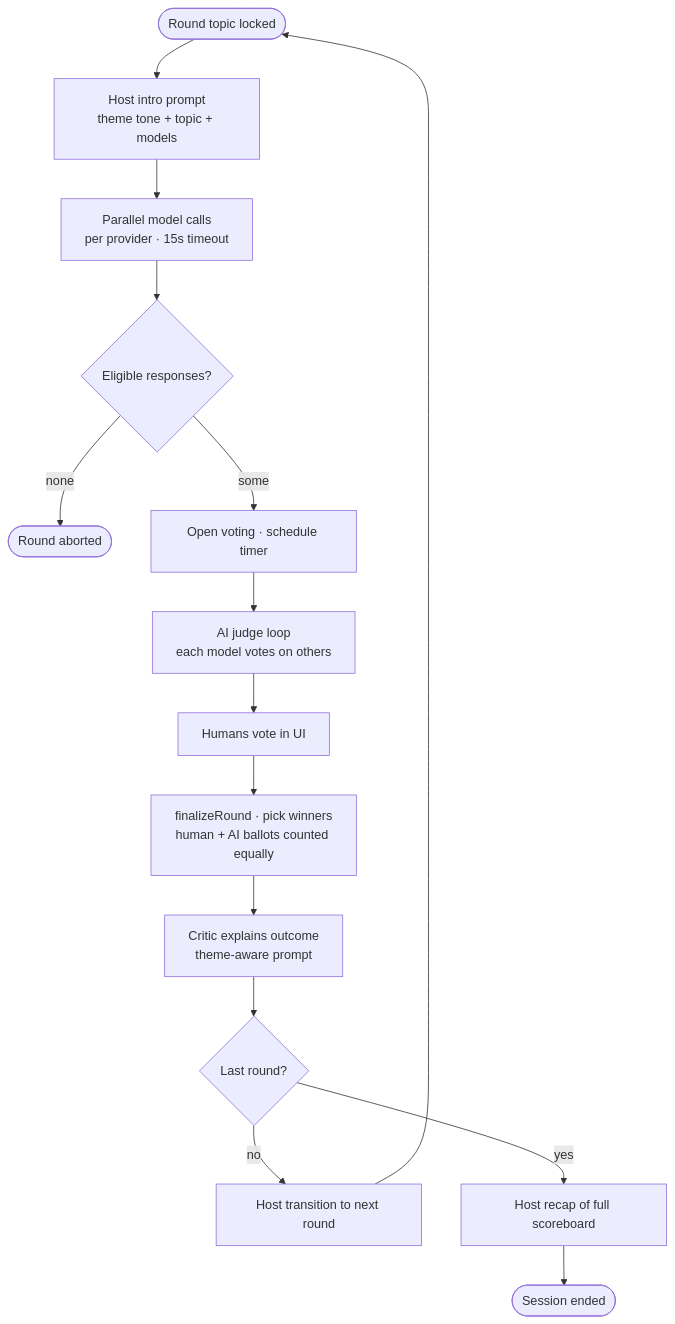
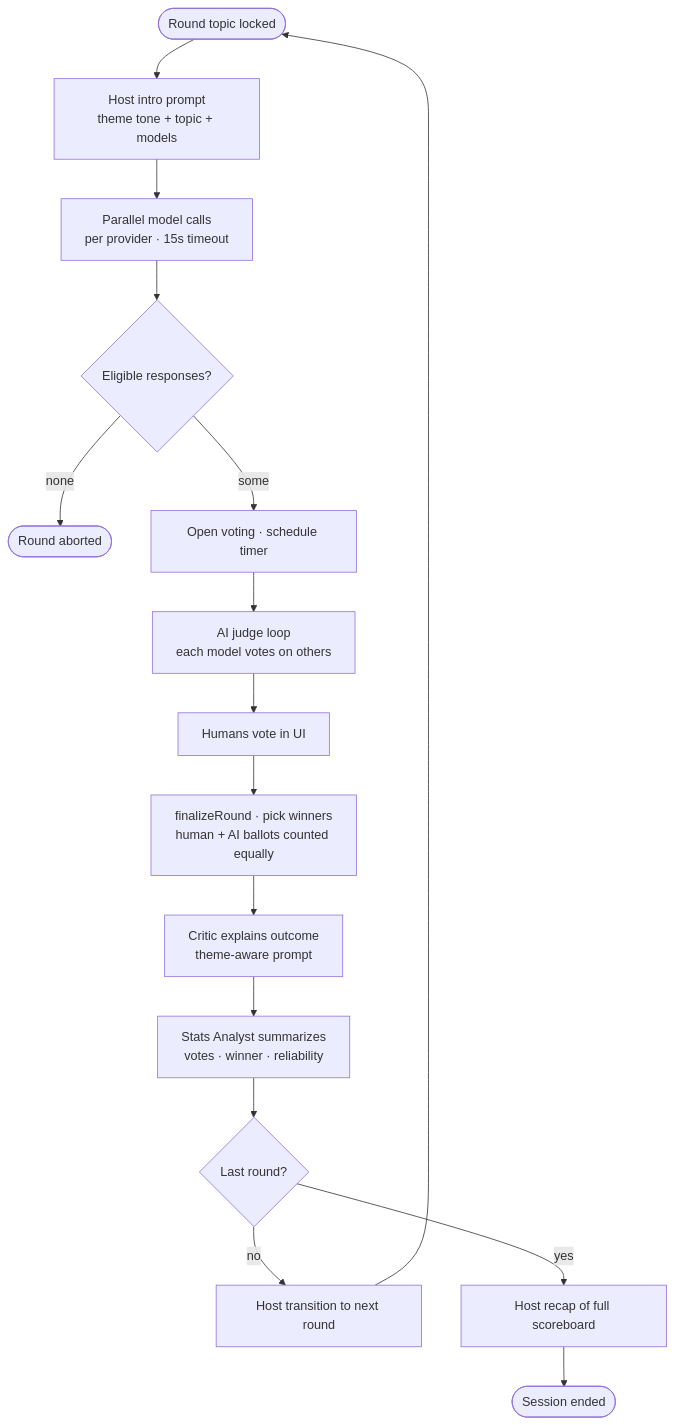
Before and after one commit to Radu028/ai-arena: the sixth of 7 diagrams in docs/ARCHITECTURE.md, drawn with Mermaid. The commit also changed other lines of this file and 17 other files, not shown here.

````diff
--- a/docs/ARCHITECTURE.md
+++ b/docs/ARCHITECTURE.md
@@ -236,17 +230,18 @@
 ```mermaid
 flowchart TD
   Start([Round topic locked]) --> Host[Host intro prompt<br/>theme tone + topic + models]
   Host --> Models[Parallel model calls<br/>per provider · 15s timeout]
   Models --> Judge{Eligible responses?}
   Judge -- none --> Abort([Round aborted])
   Judge -- some --> OpenVote[Open voting · schedule timer]
   OpenVote --> AIJudge[AI judge loop<br/>each model votes on others]
   AIJudge --> Humans[Humans vote in UI]
   Humans --> Finalize[finalizeRound · pick winners<br/>human + AI ballots counted equally]
   Finalize --> Critic[Critic explains outcome<br/>theme-aware prompt]
-  Critic --> Next{Last round?}
+  Critic --> Stats[Stats Analyst summarizes<br/>votes · winner · reliability]
+  Stats --> Next{Last round?}
   Next -- no --> Transition[Host transition to next round]
   Transition --> Start
   Next -- yes --> Recap[Host recap of full scoreboard]
   Recap --> End([Session ended])
 ```
````
